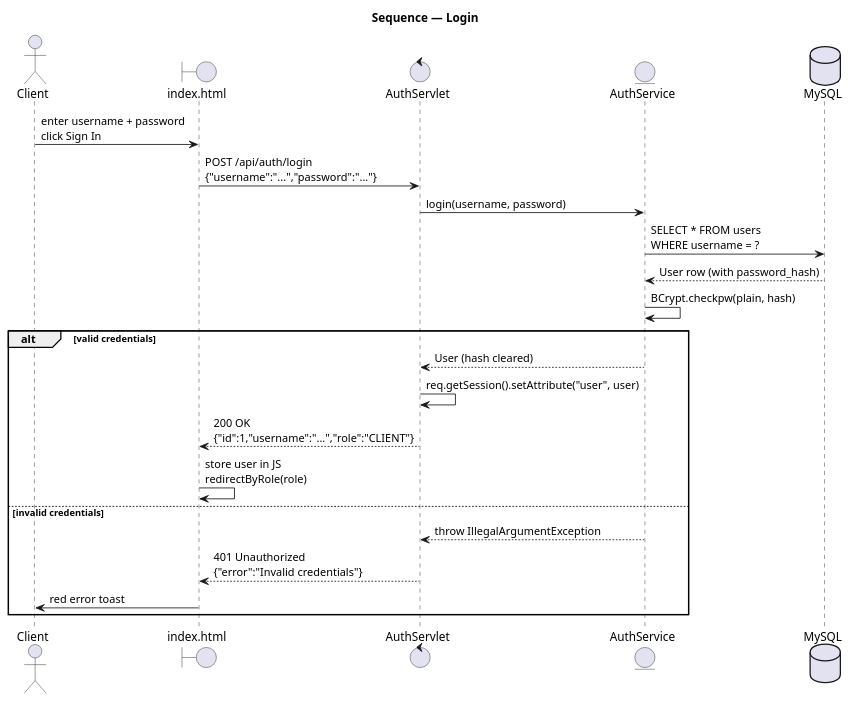
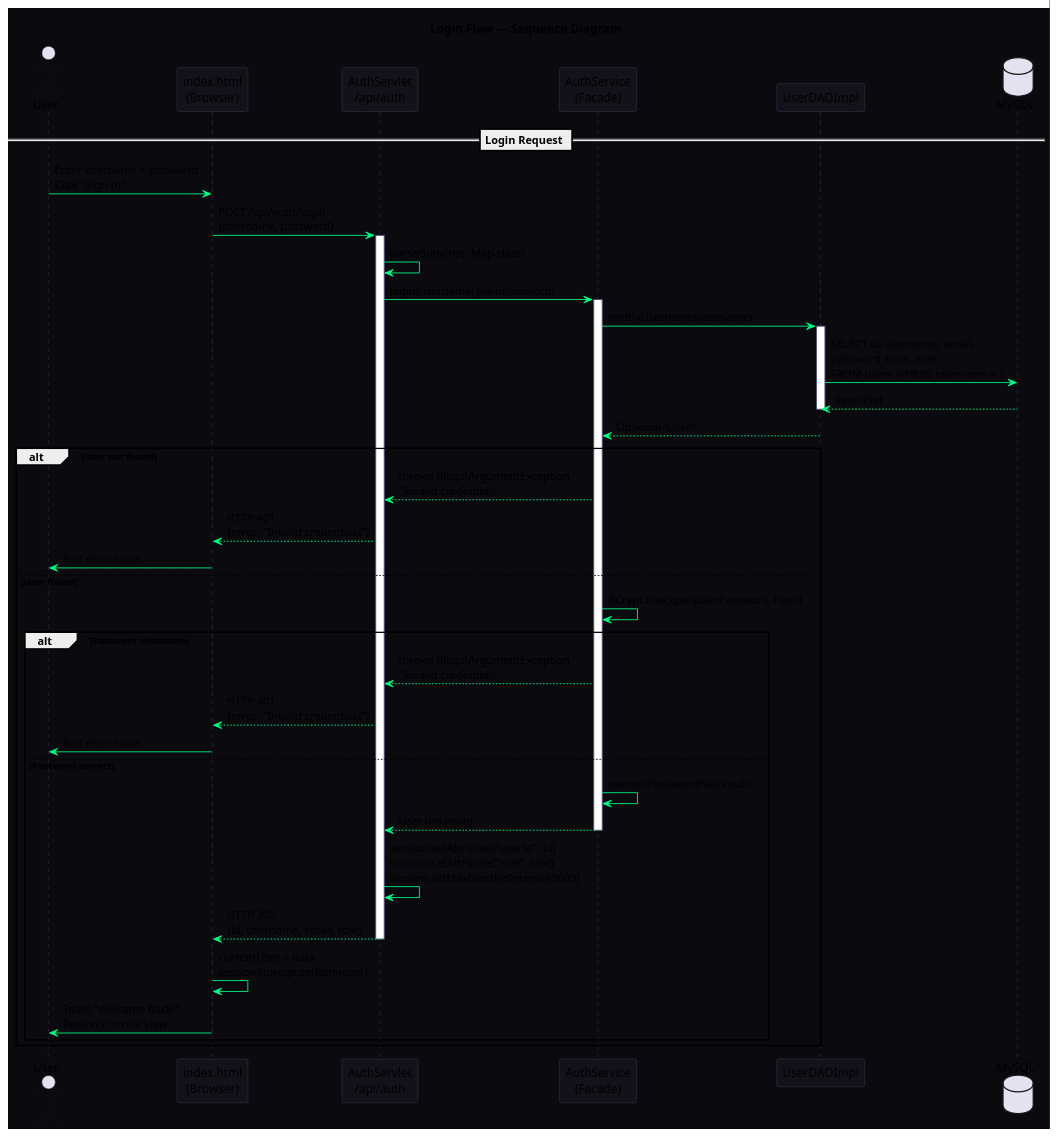
Before and after one commit to lidrissiwalid/project-uml: the diagram in uml/sequence_login.puml, drawn with PlantUML. The commit also changed 9 other files, not shown here.

```diff
--- a/uml/sequence_login.puml
+++ b/uml/sequence_login.puml
@@ -1,26 +1,57 @@
-@startuml
-title Sequence — Login
+@startuml sequence_login
+skinparam backgroundColor #0a0a0f
+skinparam sequenceParticipantBackgroundColor #12121a
+skinparam sequenceParticipantBorderColor #444466
+skinparam sequenceArrowColor #00ff87
+skinparam fontColor #e8e8f0
+skinparam sequenceLifeLineBorderColor #444466
 
-actor Client
-boundary "index.html" as UI
-control AuthServlet
-entity AuthService
-database MySQL
+title Login Flow — Sequence Diagram
 
-Client -> UI : enter username + password\nclick Sign In
-UI -> AuthServlet : POST /api/auth/login\n{"username":"...","password":"..."}
-AuthServlet -> AuthService : login(username, password)
-AuthService -> MySQL : SELECT * FROM users\nWHERE username = ?
-MySQL --> AuthService : User row (with password_hash)
-AuthService -> AuthService : BCrypt.checkpw(plain, hash)
-alt valid credentials
-  AuthService --> AuthServlet : User (hash cleared)
-  AuthServlet -> AuthServlet : req.getSession().setAttribute("user", user)
-  AuthServlet --> UI : 200 OK\n{"id":1,"username":"...","role":"CLIENT"}
-  UI -> UI : store user in JS\nredirectByRole(role)
-else invalid credentials
-  AuthService --> AuthServlet : throw IllegalArgumentException
-  AuthServlet --> UI : 401 Unauthorized\n{"error":"Invalid credentials"}
-  UI -> Client : red error toast
+actor User
+participant "index.html\n(Browser)" as HTML
+participant "AuthServlet\n/api/auth" as Servlet
+participant "AuthService\n(Facade)" as Service
+participant "UserDAOImpl" as DAO
+database "MySQL" as DB
+
+== Login Request ==
+
+User -> HTML : Enter username + password\nClick "Sign In"
+HTML -> Servlet : POST /api/auth/login\n{username, password}
+activate Servlet
+
+Servlet -> Servlet : parseBody(req, Map.class)
+Servlet -> Service : login(username, plainPassword)
+activate Service
+
+Service -> DAO : findByUsername(username)
+activate DAO
+DAO -> DB : SELECT id, username, email,\npassword_hash, role\nFROM users WHERE username = ?
+DB --> DAO : ResultSet
+deactivate DAO
+DAO --> Service : Optional<User>
+
+alt User not found
+  Service --> Servlet : throws IllegalArgumentException\n"Invalid credentials"
+  Servlet --> HTML : HTTP 401\n{error: "Invalid credentials"}
+  HTML -> User : Red error toast
+else User found
+  Service -> Service : BCrypt.checkpw(plainPassword, hash)
+  alt Password mismatch
+    Service --> Servlet : throws IllegalArgumentException\n"Invalid credentials"
+    Servlet --> HTML : HTTP 401\n{error: "Invalid credentials"}
+    HTML -> User : Red error toast
+  else Password correct
+    Service -> Service : user.setPasswordHash(null)
+    Service --> Servlet : User (no hash)
+    deactivate Service
+    Servlet -> Servlet : session.setAttribute("userId", id)\nsession.setAttribute("role", role)\nsession.setMaxInactiveInterval(3600)
+    Servlet --> HTML : HTTP 200\n{id, username, email, role}
+    deactivate Servlet
+    HTML -> HTML : currentUser = data\nsessionStorage.setItem(user)
+    HTML -> User : Toast "Welcome back!"\nRedirect to role view
+  end
 end
+
 @enduml
```
